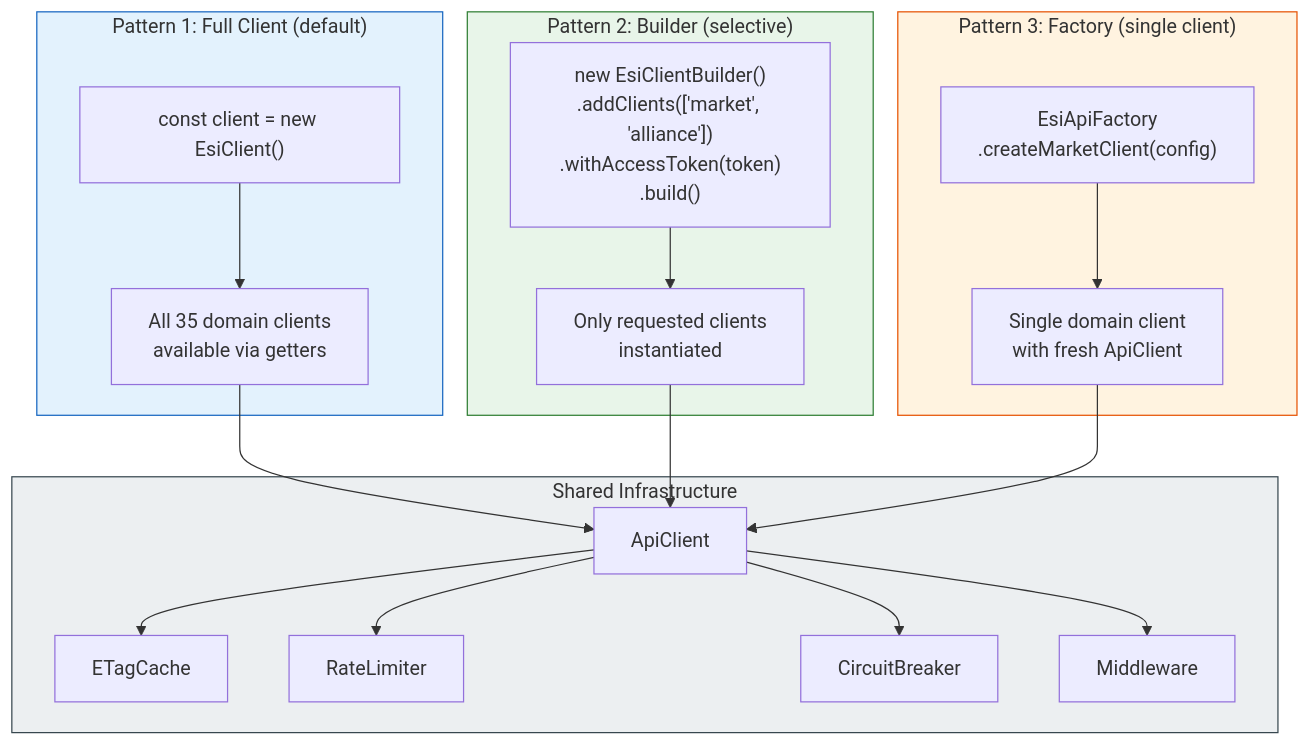
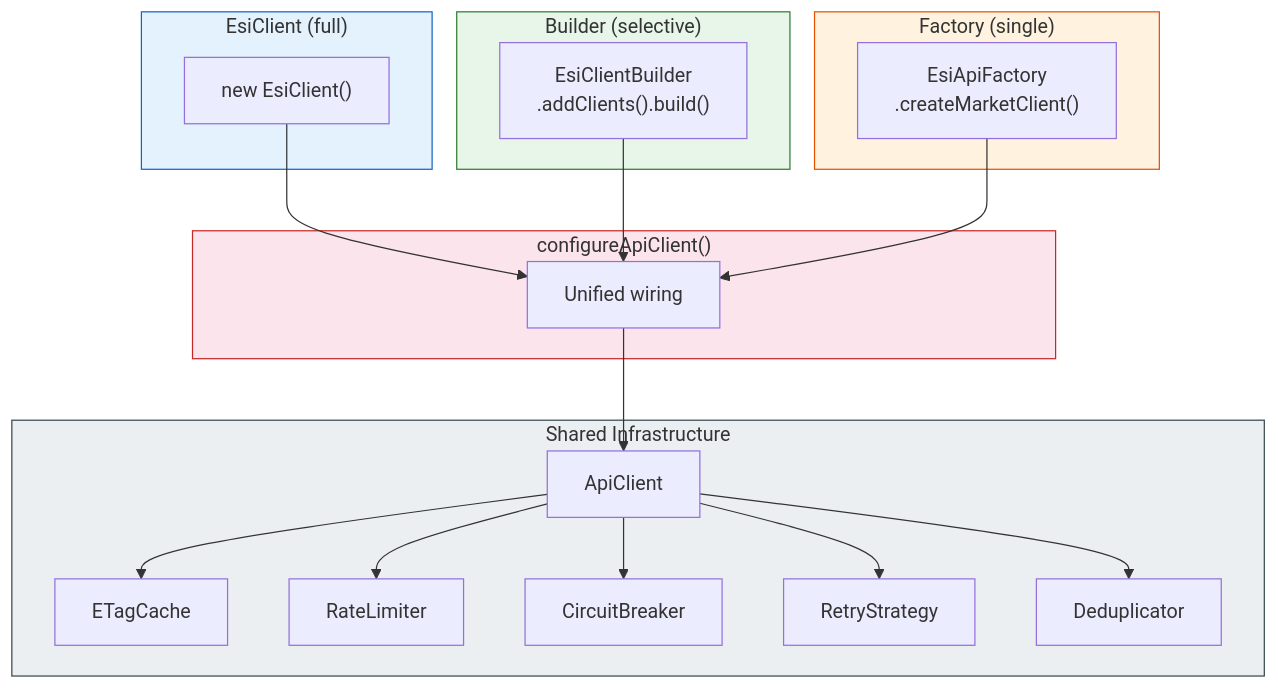
One commit to lgriffin/ESI.ts changed diagram 11 of 18 in media/ARCHITECTURE.md. Above: the diagram before and after it, drawn with Mermaid. The commit also changed other lines of this file and 928 other files, not shown here.

````diff
--- a/media/ARCHITECTURE.md
+++ b/media/ARCHITECTURE.md
@@ -385,42 +616,41 @@
 ```mermaid
-graph TB
-    subgraph Pattern1["Pattern 1: Full Client (default)"]
-        P1Code["const client = new EsiClient()"]
-        P1Result["All 35 domain clients<br/>available via getters"]
-        P1Code --> P1Result
+flowchart TB
+    subgraph P1 ["EsiClient (full)"]
+        p1["new EsiClient()"]
+    end
+    subgraph P2 ["Builder (selective)"]
+        p2["EsiClientBuilder\n.addClients().build()"]
+    end
+    subgraph P3 ["Factory (single)"]
+        p3["EsiApiFactory\n.createMarketClient()"]
     end
 
-    subgraph Pattern2["Pattern 2: Builder (selective)"]
-        P2Code["new EsiClientBuilder()<br/>.addClients(['market', 'alliance'])<br/>.withAccessToken(token)<br/>.build()"]
-        P2Result["Only requested clients<br/>instantiated"]
-        P2Code --> P2Result
+    subgraph CW ["configureApiClient()"]
+        cw["Unified wiring"]
     end
 
-    subgraph Pattern3["Pattern 3: Factory (single client)"]
-        P3Code["EsiApiFactory<br/>.createMarketClient(config)"]
-        P3Result["Single domain client<br/>with fresh ApiClient"]
-        P3Code --> P3Result
+    subgraph Infra ["Shared Infrastructure"]
+        ac["ApiClient"]
+        cache["ETagCache"]
+        rl["RateLimiter"]
+        cb["CircuitBreaker"]
+        retry["RetryStrategy"]
+        dedup["Deduplicator"]
     end
 
-    subgraph Shared["Shared Infrastructure"]
-        ApiClient["ApiClient"]
-        Cache["ETagCache"]
-        RL["RateLimiter"]
-        CB["CircuitBreaker"]
-        MW["Middleware"]
-    end
+    p1 --> cw
+    p2 --> cw
+    p3 --> cw
+    cw --> ac
+    ac --> cache
+    ac --> rl
+    ac --> cb
+    ac --> retry
+    ac --> dedup
 
-    P1Result --> ApiClient
-    P2Result --> ApiClient
-    P3Result --> ApiClient
-
-    ApiClient --> Cache
-    ApiClient --> RL
-    ApiClient --> CB
-    ApiClient --> MW
-
-    style Pattern1 fill:#e3f2fd,stroke:#1565c0
-    style Pattern2 fill:#e8f5e9,stroke:#2e7d32
-    style Pattern3 fill:#fff3e0,stroke:#e65100
-    style Shared fill:#eceff1,stroke:#37474f
+    style P1 fill:#e3f2fd,stroke:#1565c0
+    style P2 fill:#e8f5e9,stroke:#2e7d32
+    style P3 fill:#fff3e0,stroke:#e65100
+    style CW fill:#fce4ec,stroke:#c62828
+    style Infra fill:#eceff1,stroke:#37474f
 ```
````
